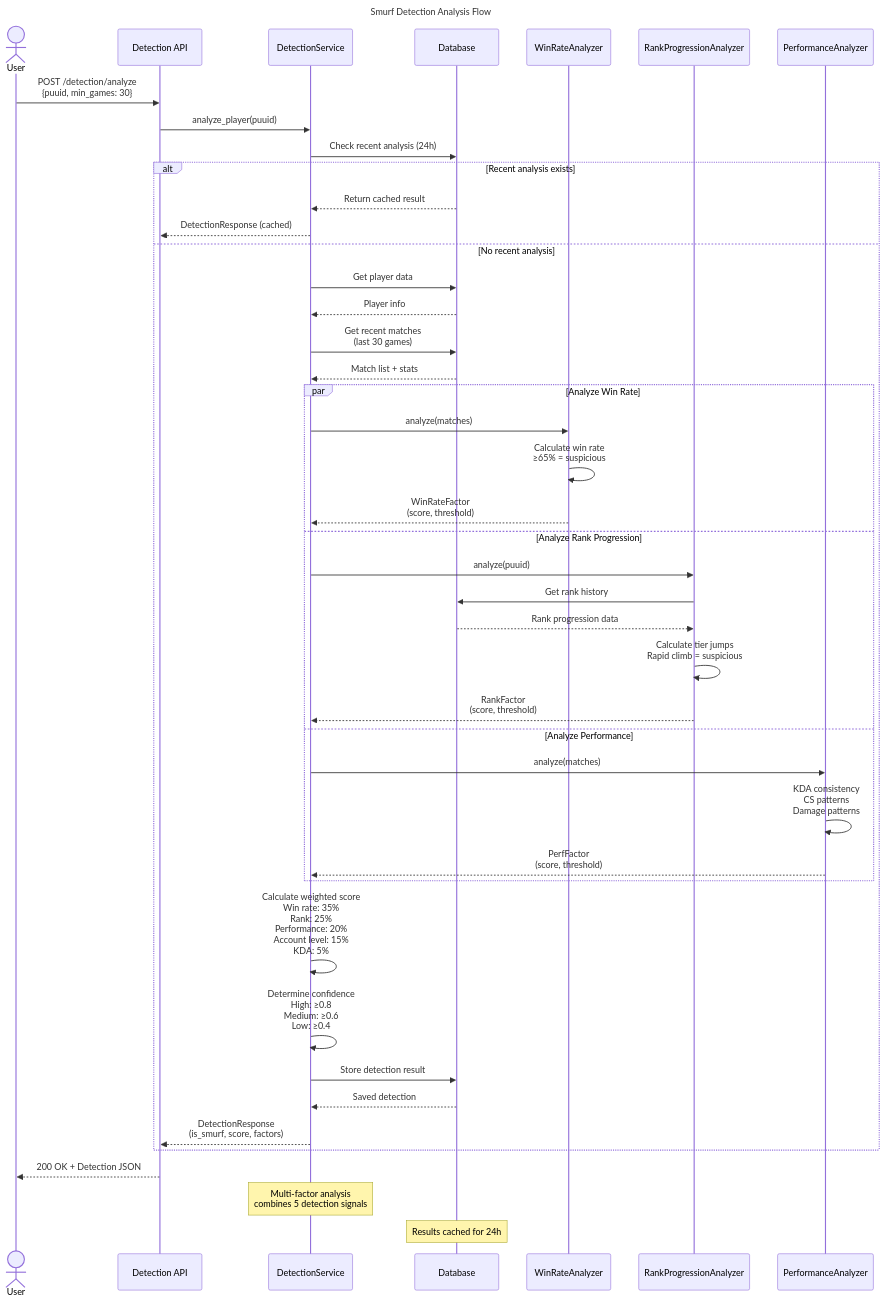
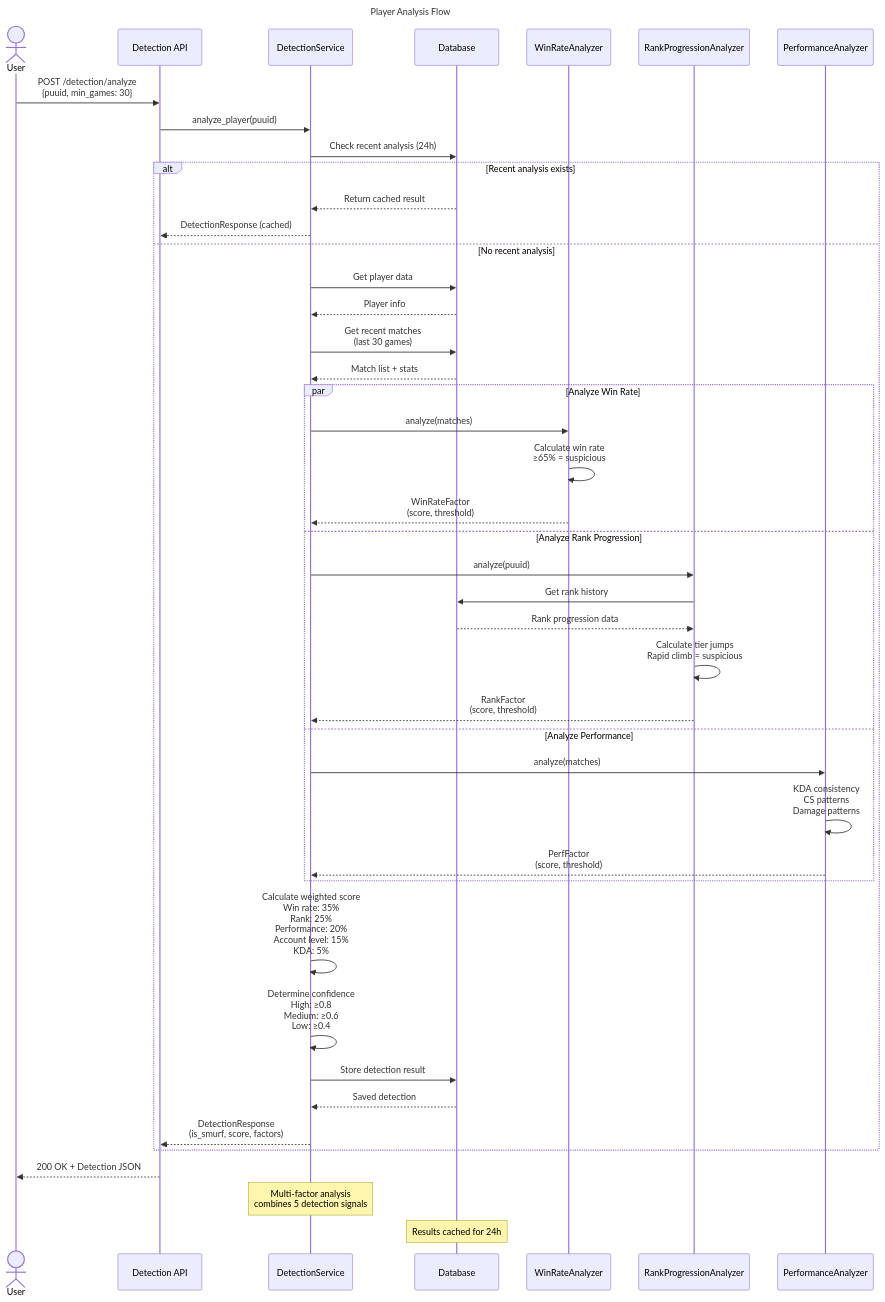
One commit to SlanyCukr/riot-api-project changed the fourth of 7 diagrams in docs/backend-diagrams.md. Above: the diagram before and after it, drawn with Mermaid. The commit also changed other lines of this file and 35 other files, not shown here.

Commit message:
Updated "Smurf Detection" references project-wide, changed Settings header card

````diff
--- a/docs/backend-diagrams.md
+++ b/docs/backend-diagrams.md
@@ -165,58 +165,58 @@
 ```mermaid
 ---
-title: Smurf Detection Analysis Flow
+title: Player Analysis Flow
 ---
 sequenceDiagram
     actor User
     participant API as Detection API
     participant Service as DetectionService
     participant DB as Database
     participant WinRate as WinRateAnalyzer
     participant Rank as RankProgressionAnalyzer
     participant Perf as PerformanceAnalyzer
 
     User->>API: POST /detection/analyze<br/>{puuid, min_games: 30}
     API->>Service: analyze_player(puuid)
 
     Service->>DB: Check recent analysis (24h)
     alt Recent analysis exists
         DB-->>Service: Return cached result
         Service-->>API: DetectionResponse (cached)
     else No recent analysis
         Service->>DB: Get player data
         DB-->>Service: Player info
 
         Service->>DB: Get recent matches<br/>(last 30 games)
         DB-->>Service: Match list + stats
 
         par Analyze Win Rate
             Service->>WinRate: analyze(matches)
             WinRate->>WinRate: Calculate win rate<br/>≥65% = suspicious
             WinRate-->>Service: WinRateFactor<br/>(score, threshold)
         and Analyze Rank Progression
             Service->>Rank: analyze(puuid)
             Rank->>DB: Get rank history
             DB-->>Rank: Rank progression data
             Rank->>Rank: Calculate tier jumps<br/>Rapid climb = suspicious
             Rank-->>Service: RankFactor<br/>(score, threshold)
         and Analyze Performance
             Service->>Perf: analyze(matches)
             Perf->>Perf: KDA consistency<br/>CS patterns<br/>Damage patterns
             Perf-->>Service: PerfFactor<br/>(score, threshold)
         end
 
         Service->>Service: Calculate weighted score<br/>Win rate: 35%<br/>Rank: 25%<br/>Performance: 20%<br/>Account level: 15%<br/>KDA: 5%
 
         Service->>Service: Determine confidence<br/>High: ≥0.8<br/>Medium: ≥0.6<br/>Low: ≥0.4
 
         Service->>DB: Store detection result
         DB-->>Service: Saved detection
 
         Service-->>API: DetectionResponse<br/>(is_smurf, score, factors)
     end
 
     API-->>User: 200 OK + Detection JSON
 
     Note over Service: Multi-factor analysis<br/>combines 5 detection signals
     Note over DB: Results cached for 24h
 ```
````
